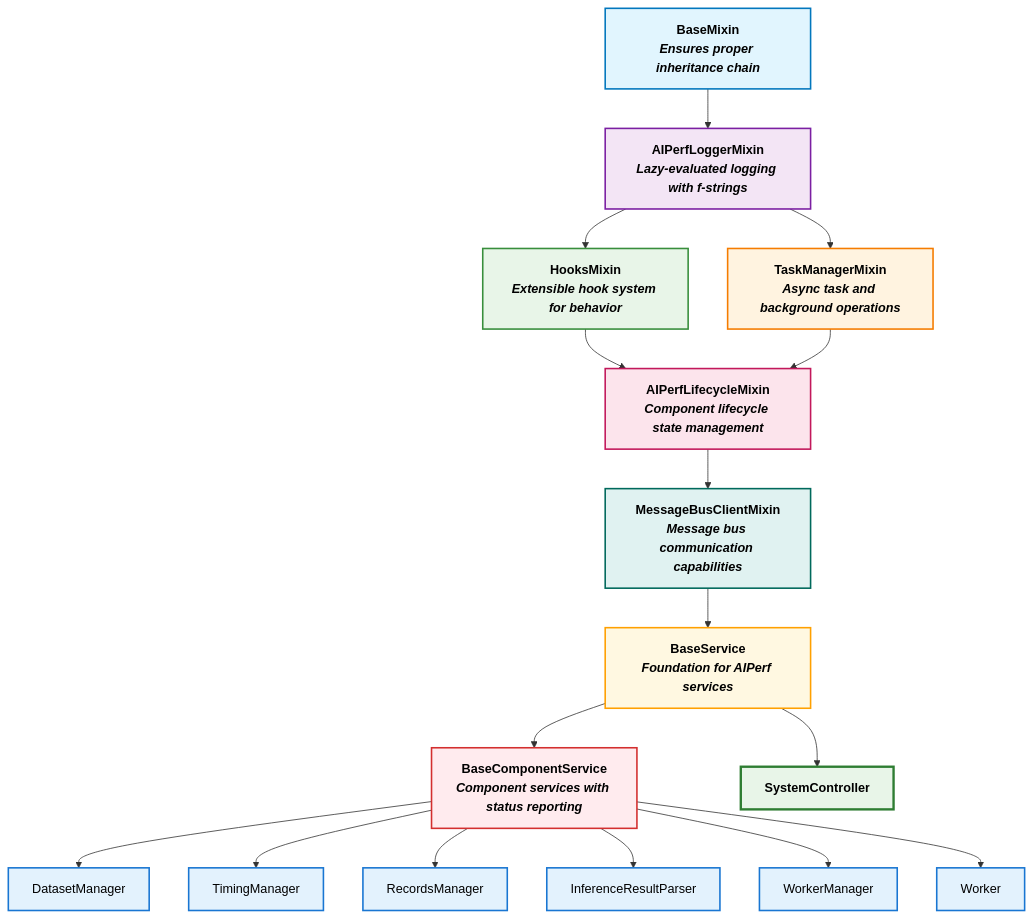
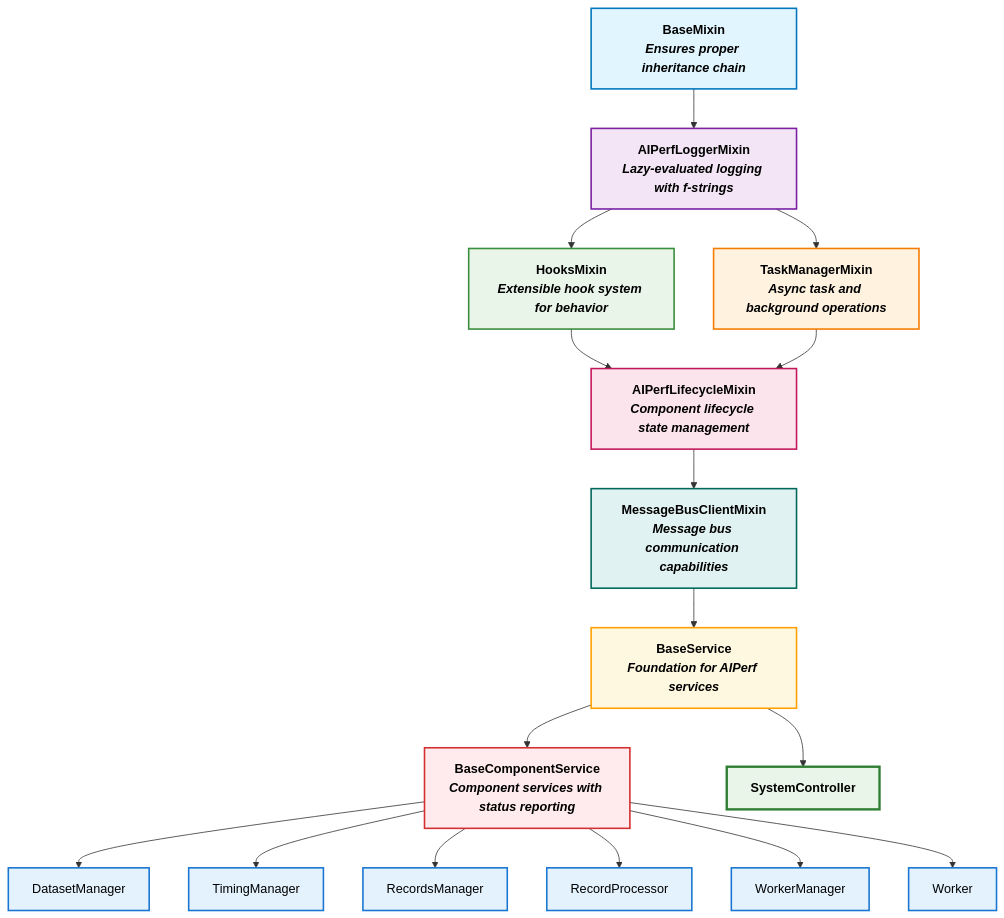
The diagram in docs/diagrams/mixins.md (ai-dynamo/aiperf), drawn with Mermaid before and after one commit. The commit also changed 2 other files, not shown here.

Commit message:
chore: remove outdated docs (#236)

````diff
--- a/docs/diagrams/mixins.md
+++ b/docs/diagrams/mixins.md
@@ -5,51 +5,51 @@
 ```mermaid
 flowchart TD
     %% Core Mixins Hierarchy
     A["BaseMixin<br/><em>Ensures proper inheritance chain</em>"] --> B["AIPerfLoggerMixin<br/><em>Lazy-evaluated logging with f-strings</em>"]
     B --> C["HooksMixin<br/><em>Extensible hook system for behavior</em>"]
     B --> D["TaskManagerMixin<br/><em>Async task and background operations</em>"]
 
     C --> E["AIPerfLifecycleMixin<br/><em>Component lifecycle state management</em>"]
     D --> E
 
     E --> F["MessageBusClientMixin<br/><em>Message bus communication capabilities</em>"]
 
     %% Service Base Classes
     F --> G["BaseService<br/><em>Foundation for AIPerf services</em>"]
     G --> H["BaseComponentService<br/><em>Component services with status reporting</em>"]
 
     %% Special SystemController path
     G --> I[SystemController]
 
     %% Main Component Services
     H --> J[DatasetManager]
     H --> K[TimingManager]
     H --> L[RecordsManager]
-    H --> M[InferenceResultParser]
+    H --> M[RecordProcessor]
     H --> N[WorkerManager]
     H --> O[Worker]
 
     %% Modern styling with better colors and shapes
     classDef baseMixin fill:#e1f5fe,stroke:#0277bd,stroke-width:2px,color:#000000,font-weight:bold
     classDef loggerMixin fill:#f3e5f5,stroke:#7b1fa2,stroke-width:2px,color:#000000,font-weight:bold
     classDef hooksMixin fill:#e8f5e8,stroke:#388e3c,stroke-width:2px,color:#000000,font-weight:bold
     classDef taskMixin fill:#fff3e0,stroke:#f57c00,stroke-width:2px,color:#000000,font-weight:bold
     classDef lifecycleMixin fill:#fce4ec,stroke:#c2185b,stroke-width:2px,color:#000000,font-weight:bold
     classDef messageMixin fill:#e0f2f1,stroke:#00695c,stroke-width:2px,color:#000000,font-weight:bold
     classDef baseService fill:#fff8e1,stroke:#ffa000,stroke-width:2px,color:#000000,font-weight:bold
     classDef componentService fill:#ffebee,stroke:#d32f2f,stroke-width:2px,color:#000000,font-weight:bold
     classDef services fill:#e3f2fd,stroke:#1976d2,stroke-width:2px,color:#000000
     classDef systemController fill:#e8f5e8,stroke:#2e7d32,stroke-width:3px,color:#000000,font-weight:bold
 
     %% Apply styles
     class A baseMixin
     class B loggerMixin
     class C hooksMixin
     class D taskMixin
     class E lifecycleMixin
     class F messageMixin
     class G baseService
     class H componentService
     class I systemController
     class J,K,L,M,N,O services
 ```
````
